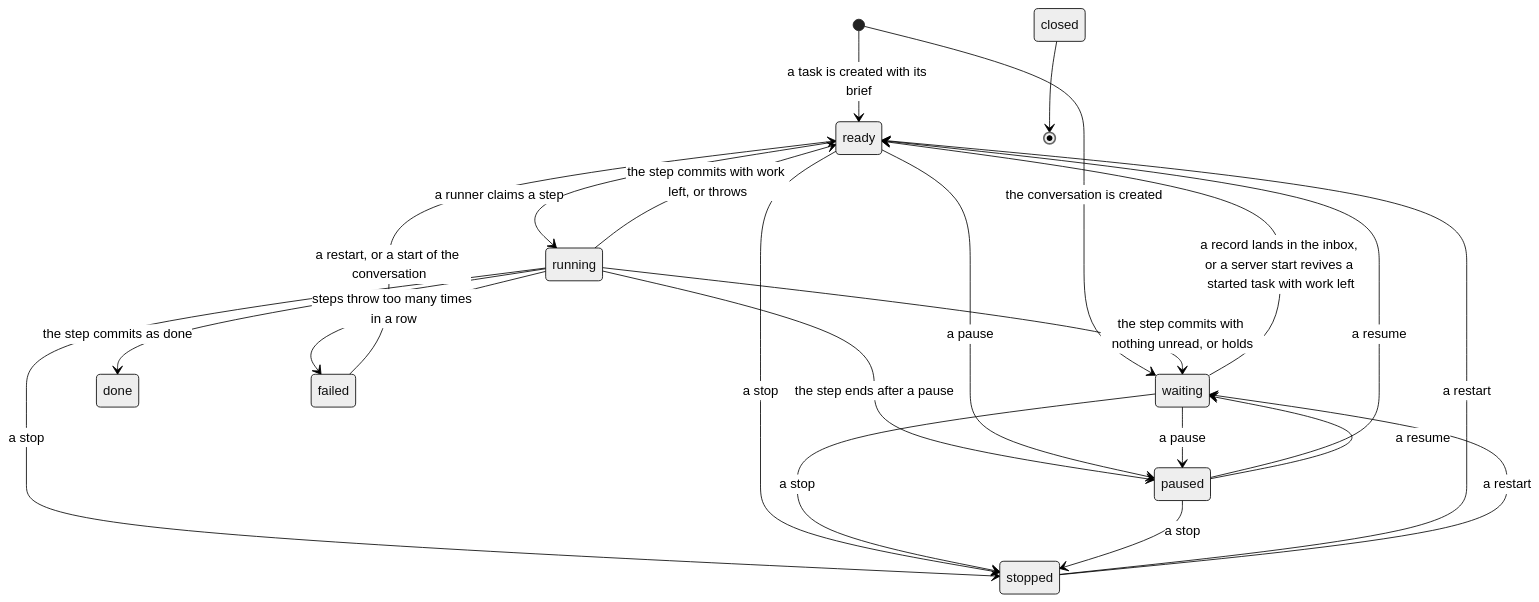
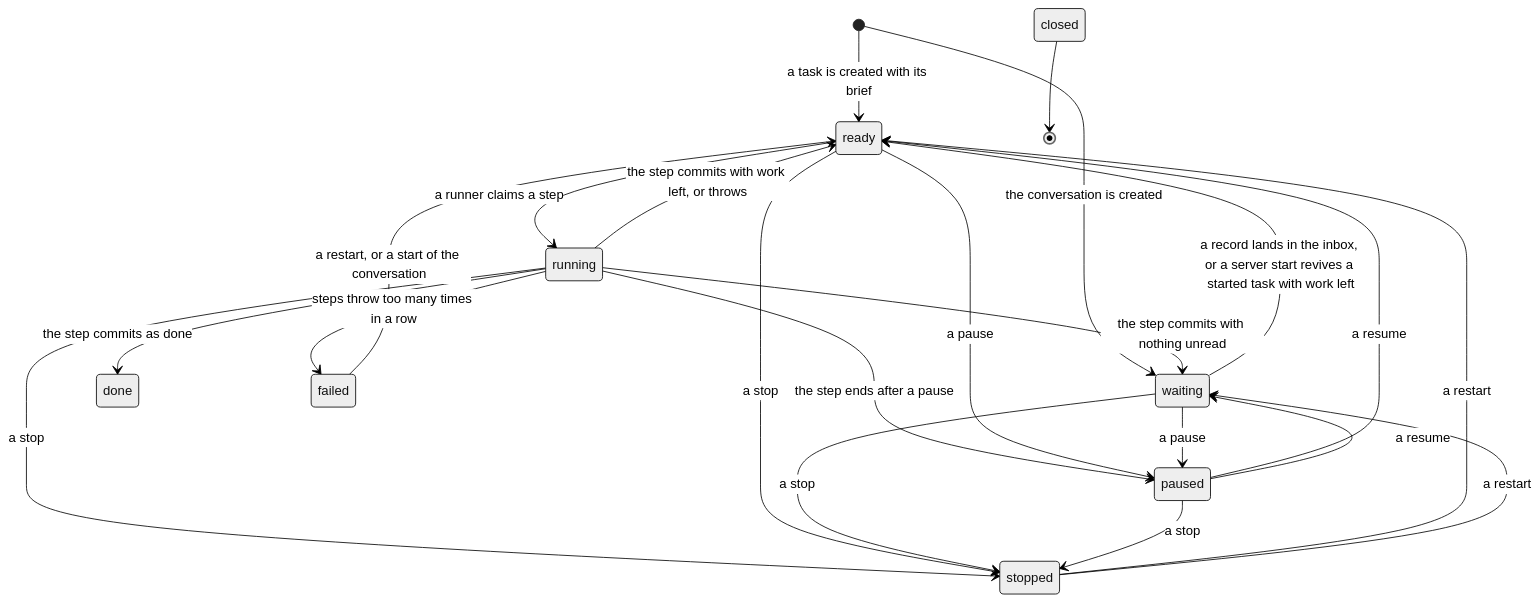
The diagram in docs/architecture/core/tasks.md (zgeoff/nixie), drawn with Mermaid (neutral theme) before and after one commit. The commit also changed other lines of this file and 1 other file, not shown here.

Commit message:
docs: drop the holding step from the task states

````diff
--- a/docs/architecture/core/tasks.md
+++ b/docs/architecture/core/tasks.md
@@ -16,24 +16,24 @@
 ```mermaid
 stateDiagram-v2
   [*] --> ready: a task is created with its brief
   [*] --> waiting: the conversation is created
   ready --> running: a runner claims a step
   running --> ready: the step commits with work left, or throws
-  running --> waiting: the step commits with nothing unread, or holds
+  running --> waiting: the step commits with nothing unread
   running --> done: the step commits as done
   running --> failed: steps throw too many times in a row
   failed --> ready: a restart, or a start of the conversation
   waiting --> ready: a record lands in the inbox, or a server start revives a started task with work left
   running --> paused: the step ends after a pause
   ready --> paused: a pause
   waiting --> paused: a pause
   paused --> ready: a resume
   paused --> waiting: a resume
   running --> stopped: a stop
   ready --> stopped: a stop
   waiting --> stopped: a stop
   paused --> stopped: a stop
   stopped --> ready: a restart
   stopped --> waiting: a restart
   closed --> [*]
 ```
````
